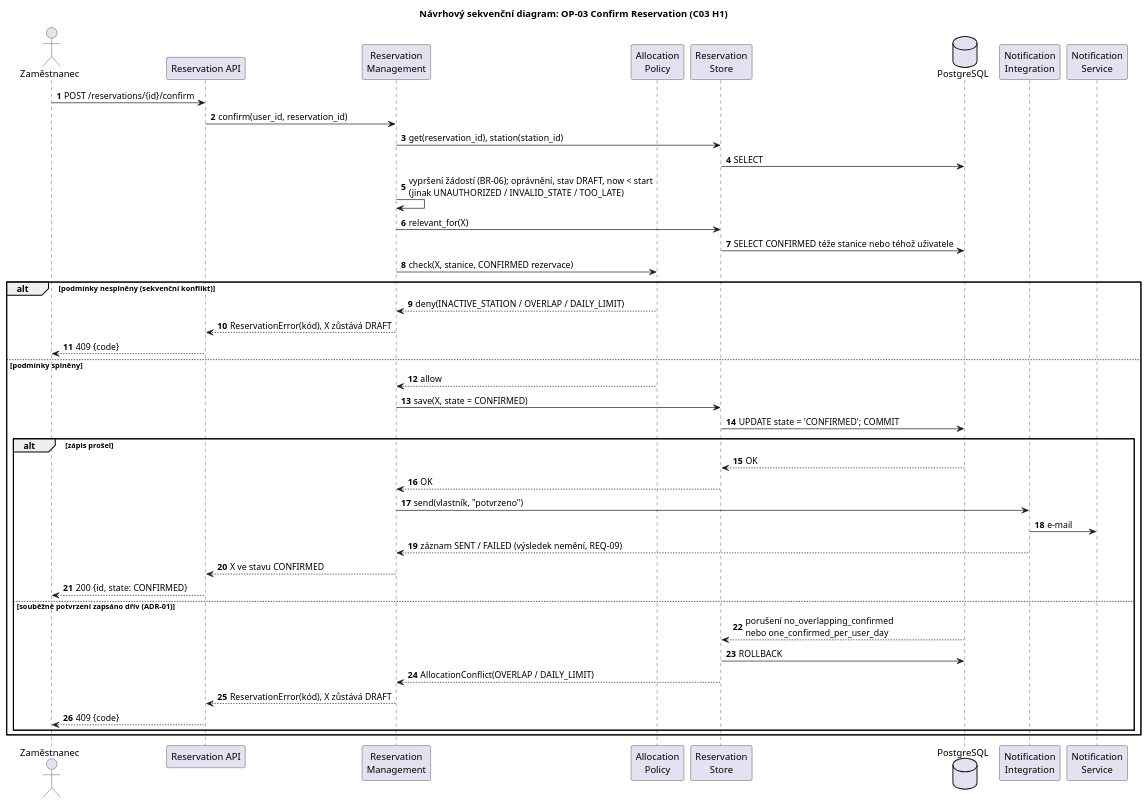
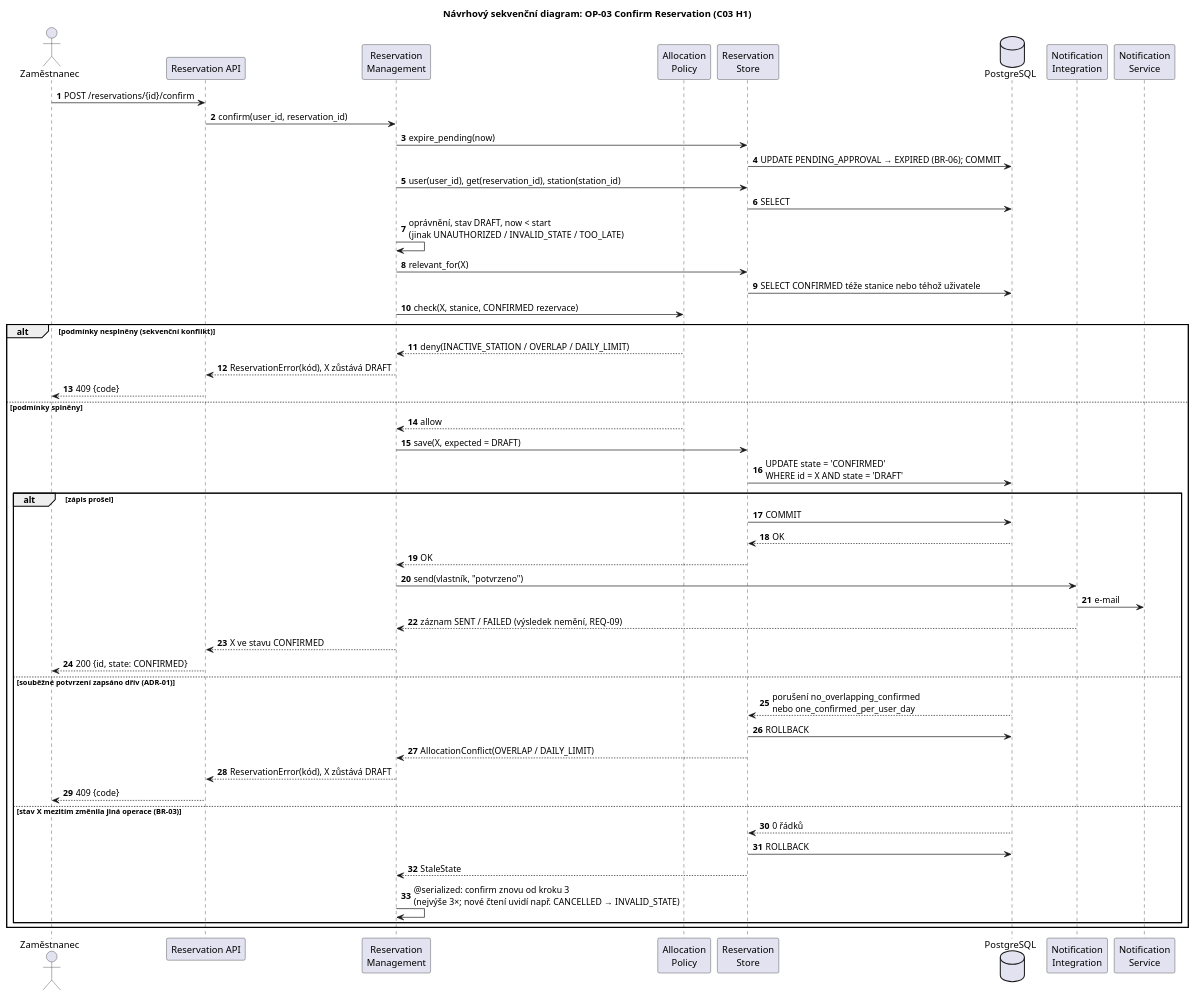
One commit to alexejjuzaninov/EC-reservationSystem changed the diagram in docs/diagrams/c03-sequence-confirm.puml. Above: the diagram before and after it, drawn with PlantUML. The commit also changed 7 other files, not shown here.

```diff
--- a/docs/diagrams/c03-sequence-confirm.puml
+++ b/docs/diagrams/c03-sequence-confirm.puml
@@ -1,46 +1,54 @@
 @startuml c03-sequence-confirm
 title Návrhový sekvenční diagram: OP-03 Confirm Reservation (C03 H1)
 autonumber
 
 actor "Zaměstnanec" as emp
 participant "Reservation API" as API
 participant "Reservation\nManagement" as RM
 participant "Allocation\nPolicy" as AP
 participant "Reservation\nStore" as RS
 database "PostgreSQL" as DB
 participant "Notification\nIntegration" as NI
 participant "Notification\nService" as NS
 
 emp -> API : POST /reservations/{id}/confirm
 API -> RM : confirm(user_id, reservation_id)
-RM -> RS : get(reservation_id), station(station_id)
+RM -> RS : expire_pending(now)
+RS -> DB : UPDATE PENDING_APPROVAL → EXPIRED (BR-06); COMMIT
+RM -> RS : user(user_id), get(reservation_id), station(station_id)
 RS -> DB : SELECT
-RM -> RM : vypršení žádostí (BR-06); oprávnění, stav DRAFT, now < start\n(jinak UNAUTHORIZED / INVALID_STATE / TOO_LATE)
+RM -> RM : oprávnění, stav DRAFT, now < start\n(jinak UNAUTHORIZED / INVALID_STATE / TOO_LATE)
 RM -> RS : relevant_for(X)
 RS -> DB : SELECT CONFIRMED téže stanice nebo téhož uživatele
 RM -> AP : check(X, stanice, CONFIRMED rezervace)
 alt podmínky nesplněny (sekvenční konflikt)
   AP --> RM : deny(INACTIVE_STATION / OVERLAP / DAILY_LIMIT)
   RM --> API : ReservationError(kód), X zůstává DRAFT
   API --> emp : 409 {code}
 else podmínky splněny
   AP --> RM : allow
-  RM -> RS : save(X, state = CONFIRMED)
-  RS -> DB : UPDATE state = 'CONFIRMED'; COMMIT
+  RM -> RS : save(X, expected = DRAFT)
+  RS -> DB : UPDATE state = 'CONFIRMED'\nWHERE id = X AND state = 'DRAFT'
   alt zápis prošel
+    RS -> DB : COMMIT
     DB --> RS : OK
     RS --> RM : OK
     RM -> NI : send(vlastník, "potvrzeno")
     NI -> NS : e-mail
     NI --> RM : záznam SENT / FAILED (výsledek nemění, REQ-09)
     RM --> API : X ve stavu CONFIRMED
     API --> emp : 200 {id, state: CONFIRMED}
   else souběžné potvrzení zapsáno dřív (ADR-01)
     DB --> RS : porušení no_overlapping_confirmed\nnebo one_confirmed_per_user_day
     RS -> DB : ROLLBACK
     RS --> RM : AllocationConflict(OVERLAP / DAILY_LIMIT)
     RM --> API : ReservationError(kód), X zůstává DRAFT
     API --> emp : 409 {code}
+  else stav X mezitím změnila jiná operace (BR-03)
+    DB --> RS : 0 řádků
+    RS -> DB : ROLLBACK
+    RS --> RM : StaleState
+    RM -> RM : @serialized: confirm znovu od kroku 3\n(nejvýše 3×; nové čtení uvidí např. CANCELLED → INVALID_STATE)
   end
 end
 @enduml
```
